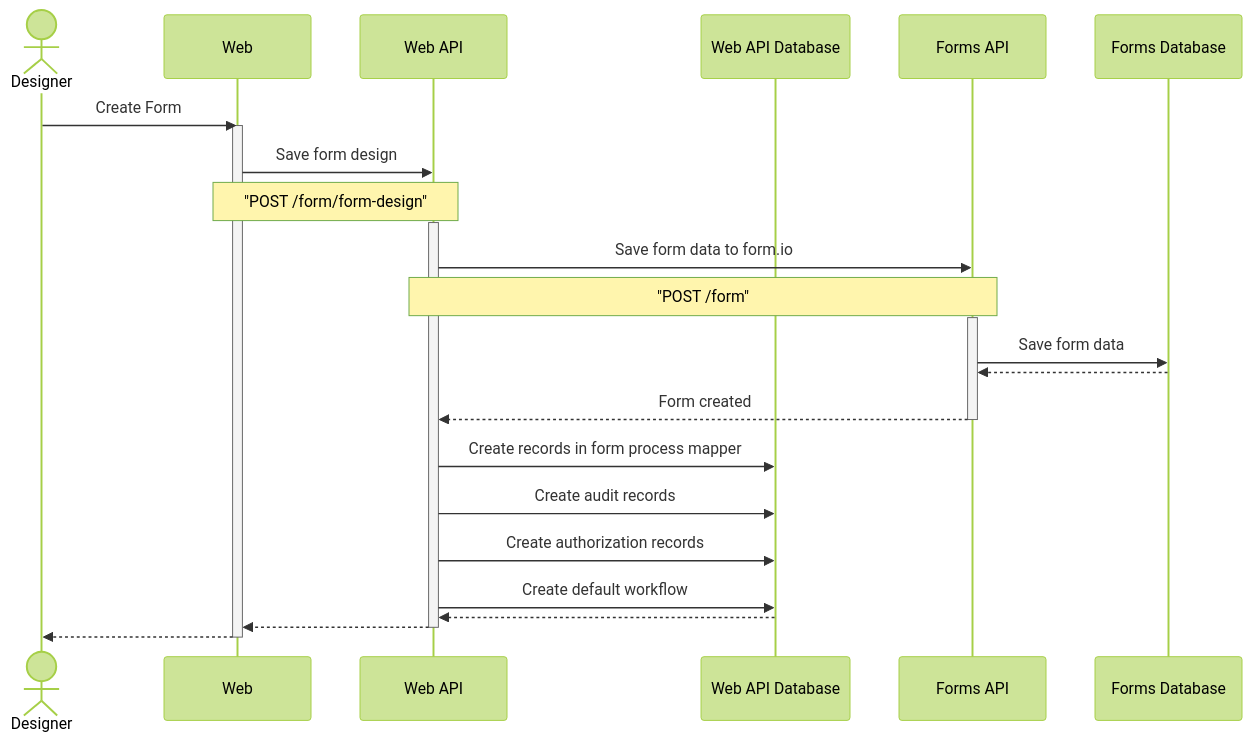
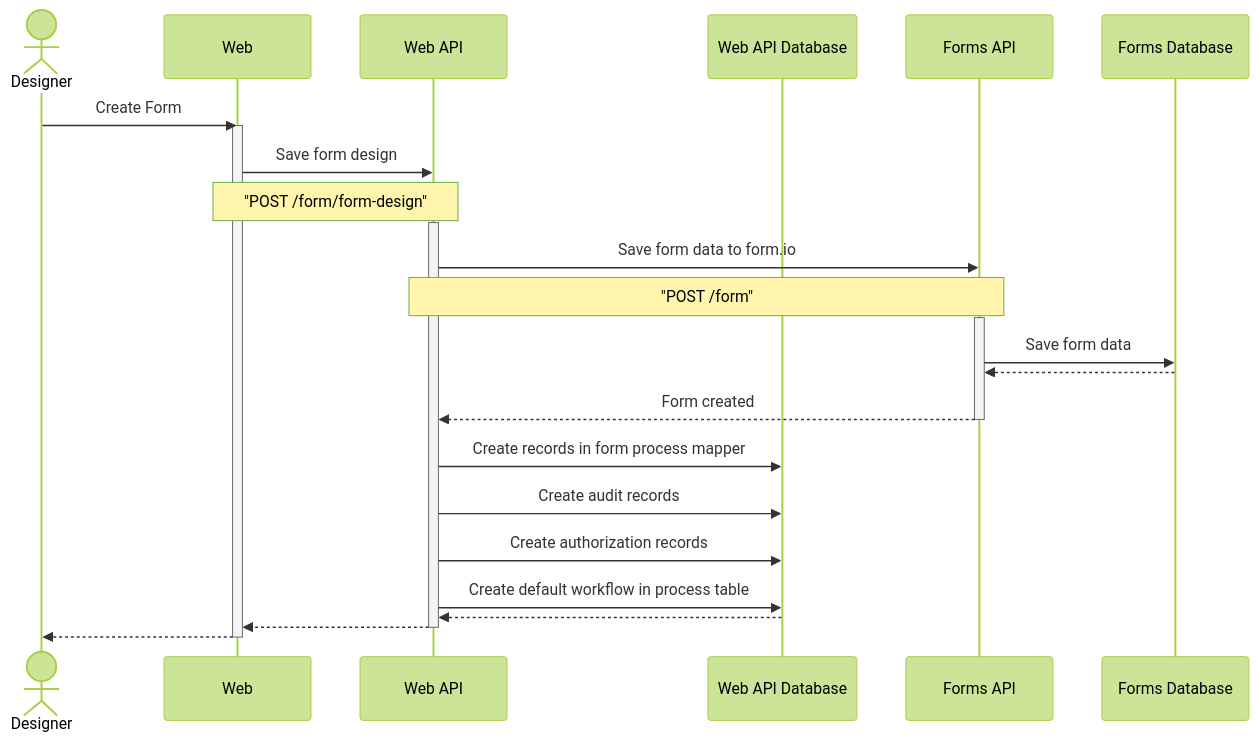
One commit to auslin-aot/forms-flow-ai changed the diagram in docs/sequence-diagrams/designer-flow.md. Above: the diagram before and after it, drawn with Mermaid (forest theme).

````diff
--- a/docs/sequence-diagrams/designer-flow.md
+++ b/docs/sequence-diagrams/designer-flow.md
@@ -5,34 +5,34 @@
 ```mermaid
 sequenceDiagram
     actor Designer as Designer
     participant web as Web
     participant web-api as Web API
     participant web-api-db as Web API Database
     participant forms-api as Forms API
     participant forms-db as Forms Database
 
     Designer ->> web: Create Form
     activate web
     web ->> web-api: Save form design
     Note over web,web-api: "POST /form/form-design"
     activate web-api
     web-api ->> forms-api: Save form data to form.io
     Note over web-api,forms-api: "POST /form"
     activate forms-api
     forms-api->>forms-db: Save form data
     forms-db-->>forms-api: 
     forms-api -->> web-api: Form created
     deactivate forms-api
     web-api ->> web-api-db: Create records in form process mapper
     web-api ->> web-api-db: Create audit records
     web-api ->> web-api-db: Create authorization records
-    web-api ->> web-api-db: Create default workflow
+    web-api ->> web-api-db: Create default workflow in process table
     web-api-db -->> web-api : 
     web-api -->> web : 
     deactivate web-api
     web -->> Designer : 
     deactivate web
 
 
 
 ```
````
